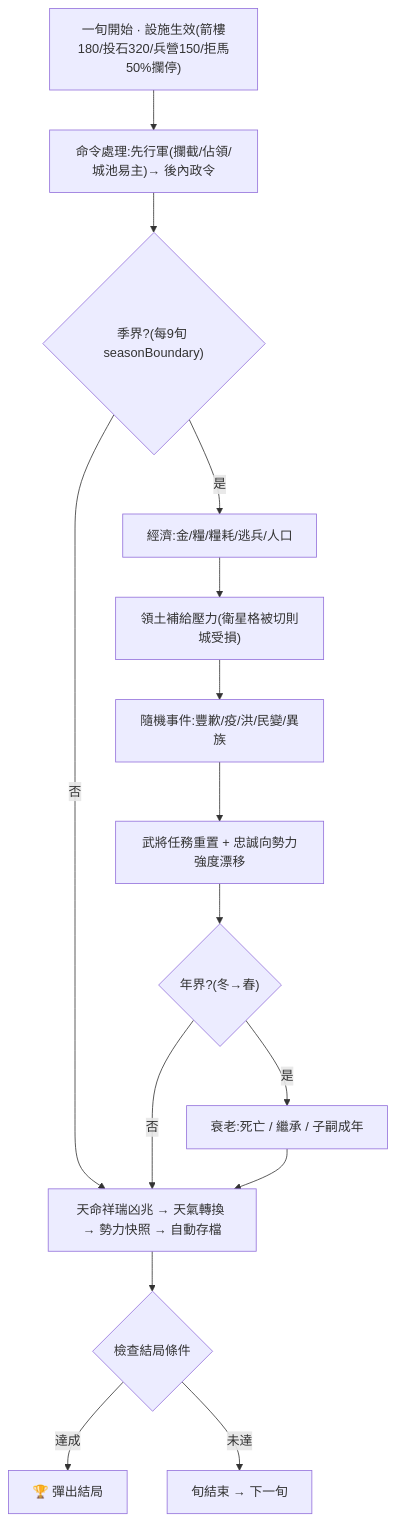
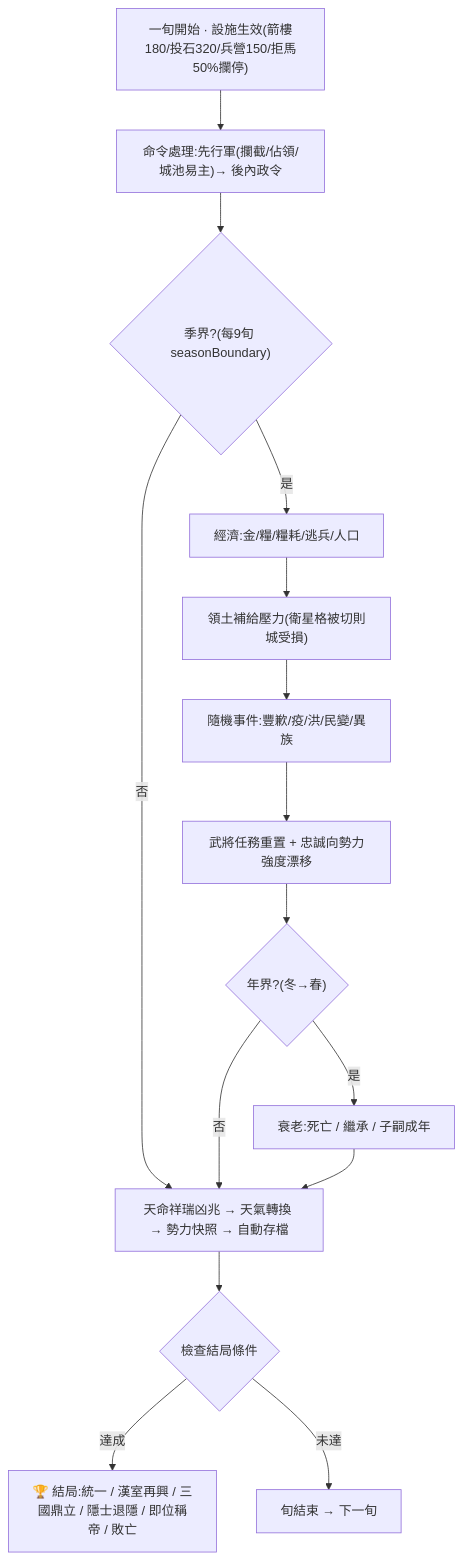
Before and after one commit to Seanye333/ThreeKingdomMasterIOS: the first of 5 diagrams in docs/GUIDE.md, drawn with Mermaid. The commit also changed other lines of this file, not shown here.

First line of the commit message:
docs: 流程圖細化分支條件 — 招攬流程補上判定與分岔

````diff
--- a/docs/GUIDE.md
+++ b/docs/GUIDE.md
@@ -573,17 +573,17 @@
 ```mermaid
 flowchart TD
   A["一旬開始 · 設施生效(箭樓180/投石320/兵營150/拒馬50%攔停)"] --> B["命令處理:先行軍(攔截/佔領/城池易主)→ 後內政令"]
   B --> C{"季界?(每9旬 seasonBoundary)"}
   C -->|否| H["天命祥瑞凶兆 → 天氣轉換 → 勢力快照 → 自動存檔"]
   C -->|是| D["經濟:金/糧/糧耗/逃兵/人口"]
   D --> D2["領土補給壓力(衛星格被切則城受損)"]
   D2 --> D3["隨機事件:豐歉/疫/洪/民變/異族"]
   D3 --> D4["武將任務重置 + 忠誠向勢力強度漂移"]
   D4 --> E{"年界?(冬→春)"}
   E -->|否| H
   E -->|是| F["衰老:死亡 / 繼承 / 子嗣成年"]
   F --> H
   H --> I{"檢查結局條件"}
-  I -->|達成| J["🏆 彈出結局"]
+  I -->|達成| J["🏆 結局:統一 / 漢室再興 / 三國鼎立 / 隱士退隱 / 即位稱帝 / 敗亡"]
   I -->|未達| K["旬結束 → 下一旬"]
 ```
````
